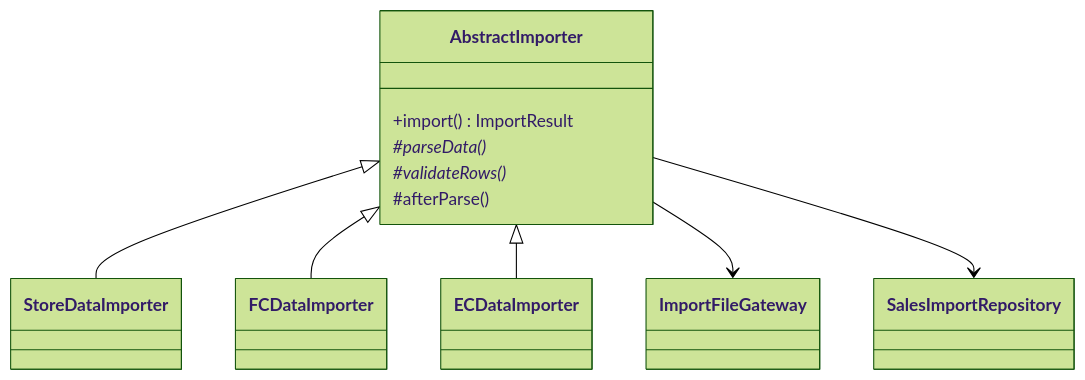
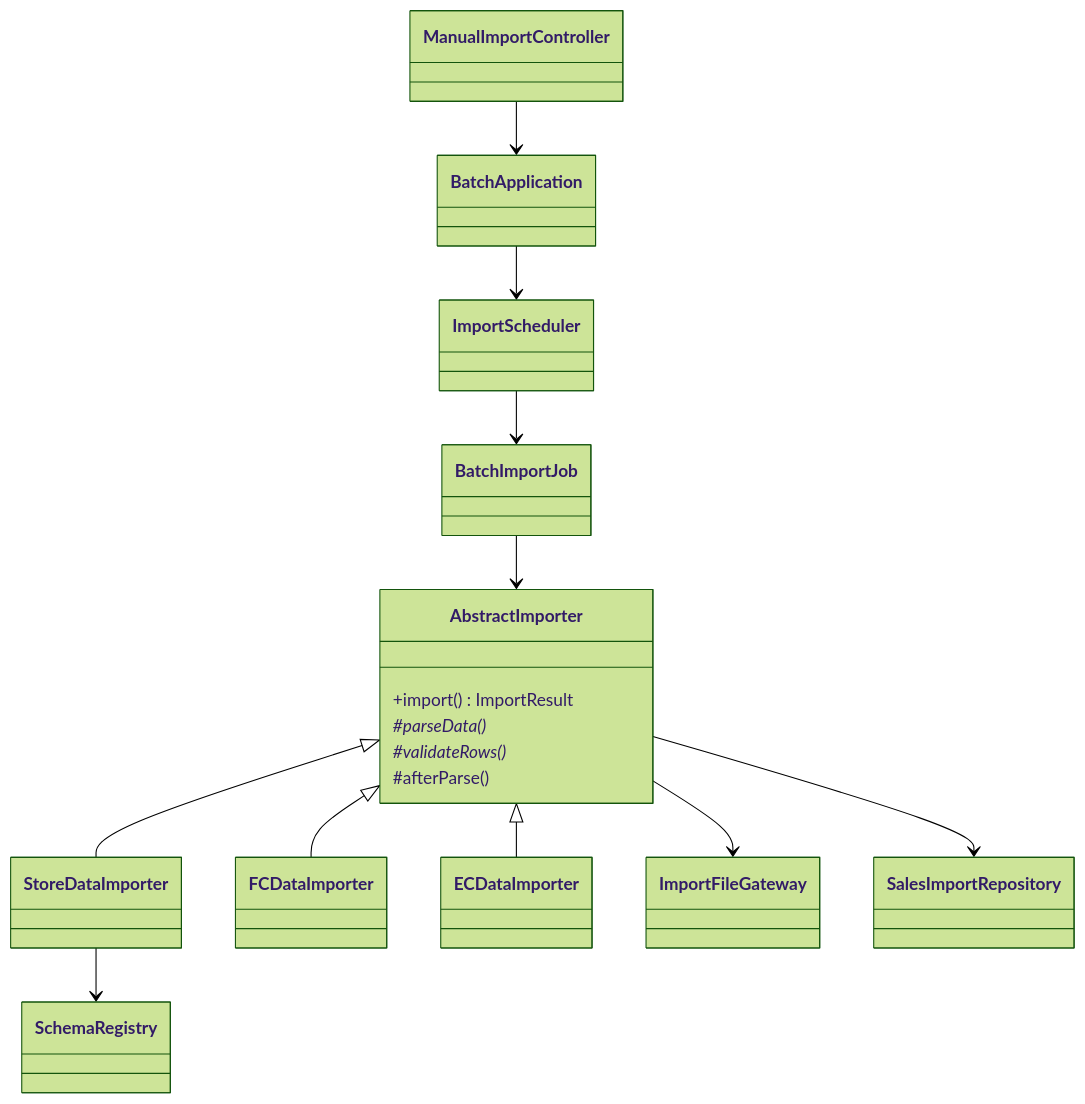
One commit to kumachan1101-pixel/DesignPattern changed the seventh of 13 diagrams in kindle/design-patterns/output/chapter04.md. Above: the diagram before and after it, drawn with Mermaid (forest theme). The commit also changed other lines of this file and 19 other files, not shown here.

````diff
--- a/kindle/design-patterns/output/chapter04.md
+++ b/kindle/design-patterns/output/chapter04.md
@@ -1963,19 +1762,29 @@
 ```mermaid
 classDiagram
+    class SchemaRegistry
+    class ImportScheduler
+    class BatchImportJob
+    class BatchApplication
+    class ManualImportController
     class AbstractImporter {
         +import() ImportResult
         #parseData()*
         #validateRows()*
         #afterParse()
     }
     class StoreDataImporter
     class FCDataImporter
     class ECDataImporter
     class ImportFileGateway
     class SalesImportRepository
     AbstractImporter <|-- StoreDataImporter
     AbstractImporter <|-- FCDataImporter
     AbstractImporter <|-- ECDataImporter
     AbstractImporter --> ImportFileGateway
     AbstractImporter --> SalesImportRepository
+    BatchImportJob --> AbstractImporter
+    ImportScheduler --> BatchImportJob
+    BatchApplication --> ImportScheduler
+    ManualImportController --> BatchApplication
+    StoreDataImporter --> SchemaRegistry
 ```
````
